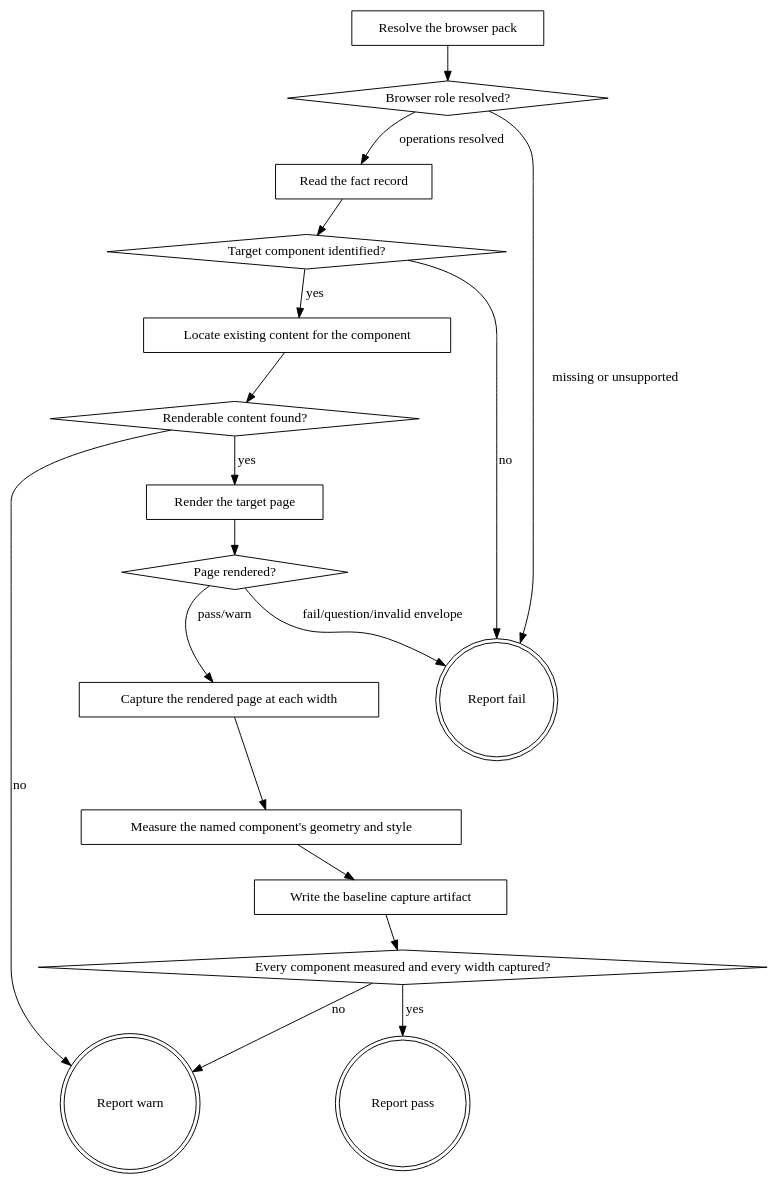
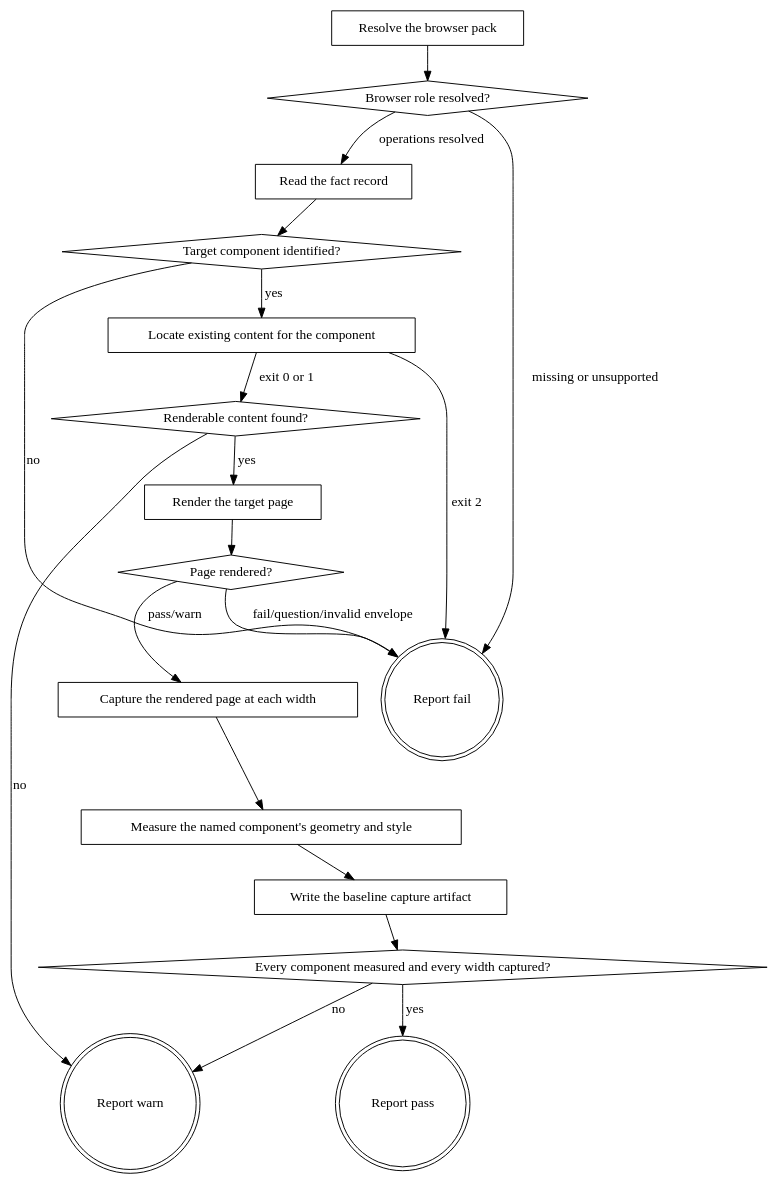
One commit to agenticDraft/aem-eds-ai-workflow-demo changed the diagram in plugins/eds/skills/eds-baseline/SKILL.md. Above: the diagram before and after it, drawn with Graphviz. The commit also changed other lines of this file, not shown here.

Commit message:
baseline searches for existing content through find-baseline-target and never renders a drafts/ fixture (D532)

````diff
--- a/plugins/eds/skills/eds-baseline/SKILL.md
+++ b/plugins/eds/skills/eds-baseline/SKILL.md
@@ -41,37 +41,38 @@
 ```dot
 digraph eds_baseline {
     "Resolve the browser pack" [shape=box];
     "Browser role resolved?" [shape=diamond];
     "Read the fact record" [shape=box];
     "Target component identified?" [shape=diamond];
     "Locate existing content for the component" [shape=box];
     "Renderable content found?" [shape=diamond];
     "Render the target page" [shape=box];
     "Page rendered?" [shape=diamond];
     "Capture the rendered page at each width" [shape=box];
     "Measure the named component's geometry and style" [shape=box];
     "Write the baseline capture artifact" [shape=box];
     "Every component measured and every width captured?" [shape=diamond];
     "Report fail" [shape=doublecircle];
     "Report warn" [shape=doublecircle];
     "Report pass" [shape=doublecircle];
 
     "Resolve the browser pack" -> "Browser role resolved?";
     "Browser role resolved?" -> "Read the fact record" [label="operations resolved"];
     "Browser role resolved?" -> "Report fail" [label="missing or unsupported"];
     "Read the fact record" -> "Target component identified?";
     "Target component identified?" -> "Locate existing content for the component" [label="yes"];
     "Target component identified?" -> "Report fail" [label="no"];
-    "Locate existing content for the component" -> "Renderable content found?";
+    "Locate existing content for the component" -> "Renderable content found?" [label="exit 0 or 1"];
+    "Locate existing content for the component" -> "Report fail" [label="exit 2"];
     "Renderable content found?" -> "Render the target page" [label="yes"];
     "Renderable content found?" -> "Report warn" [label="no"];
     "Render the target page" -> "Page rendered?";
     "Page rendered?" -> "Capture the rendered page at each width" [label="pass/warn"];
     "Page rendered?" -> "Report fail" [label="fail/question/invalid envelope"];
     "Capture the rendered page at each width" -> "Measure the named component's geometry and style";
     "Measure the named component's geometry and style" -> "Write the baseline capture artifact";
     "Write the baseline capture artifact" -> "Every component measured and every width captured?";
     "Every component measured and every width captured?" -> "Report warn" [label="no"];
     "Every component measured and every width captured?" -> "Report pass" [label="yes"];
 }
 ```
````
